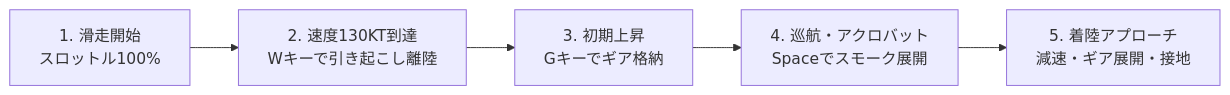
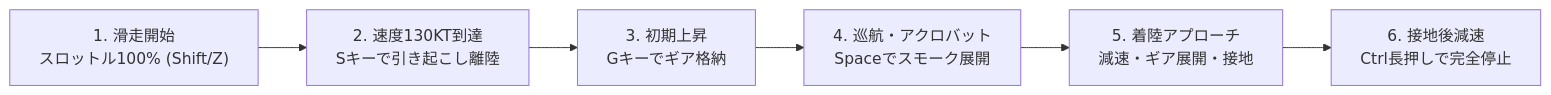
Before and after one commit to tztechno/flight_blueimpulse_desktop: the diagram in MANUAL_JA.md, drawn with Mermaid. The commit also changed other lines of this file and 8 other files, not shown here.

````diff
--- a/MANUAL_JA.md
+++ b/MANUAL_JA.md
@@ -193,7 +255,8 @@
 ```mermaid
 graph LR
-    P1["1. 滑走開始<br/>スロットル100%"] --> P2["2. 速度130KT到達<br/>Wキーで引き起こし離陸"]
+    P1["1. 滑走開始<br/>スロットル100% (Shift/Z)"] --> P2["2. 速度130KT到達<br/>Sキーで引き起こし離陸"]
     P2 --> P3["3. 初期上昇<br/>Gキーでギア格納"]
     P3 --> P4["4. 巡航・アクロバット<br/>Spaceでスモーク展開"]
     P4 --> P5["5. 着陸アプローチ<br/>減速・ギア展開・接地"]
+    P5 --> P6["6. 接地後減速<br/>Ctrl長押しで完全停止"]
 ```
````
